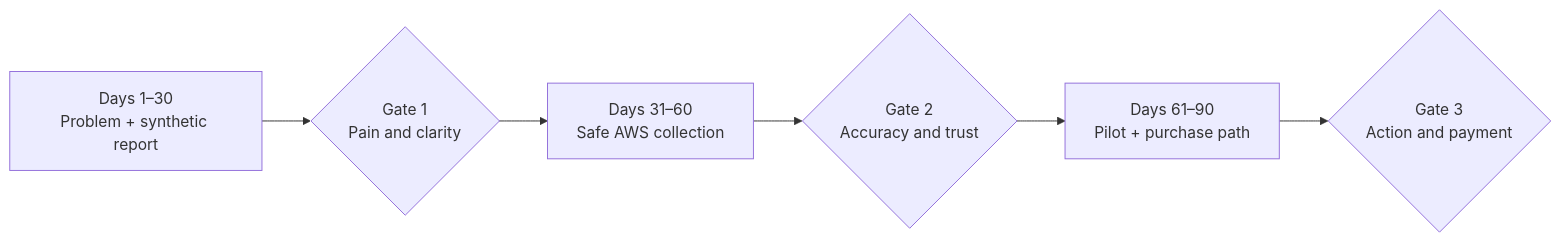
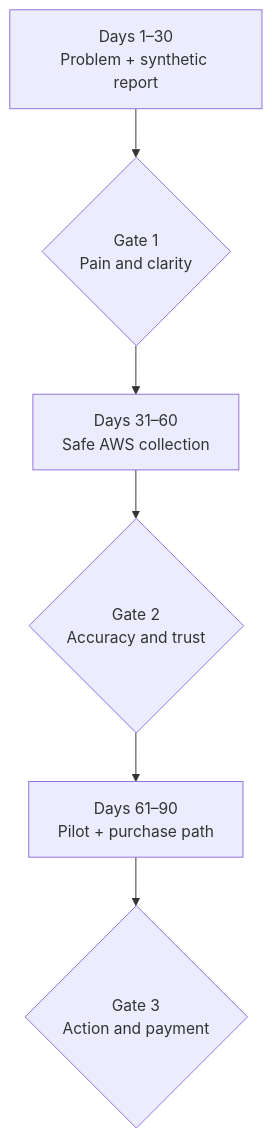
One commit to 24juangonzalez/cyber-security-systems-test changed the fifth of 6 diagrams in docs/GAME_PLAN.md. Above: the diagram before and after it, drawn with Mermaid. The commit also changed other lines of this file, not shown here.

````diff
--- a/docs/GAME_PLAN.md
+++ b/docs/GAME_PLAN.md
@@ -193,11 +231,11 @@
 ```mermaid
-flowchart LR
+flowchart TB
     P1[Days 1–30<br/>Problem + synthetic report]
     G1{Gate 1<br/>Pain and clarity}
     P2[Days 31–60<br/>Safe AWS collection]
     G2{Gate 2<br/>Accuracy and trust}
     P3[Days 61–90<br/>Pilot + purchase path]
     G3{Gate 3<br/>Action and payment}
 
     P1 --> G1 --> P2 --> G2 --> P3 --> G3
 ```
````
